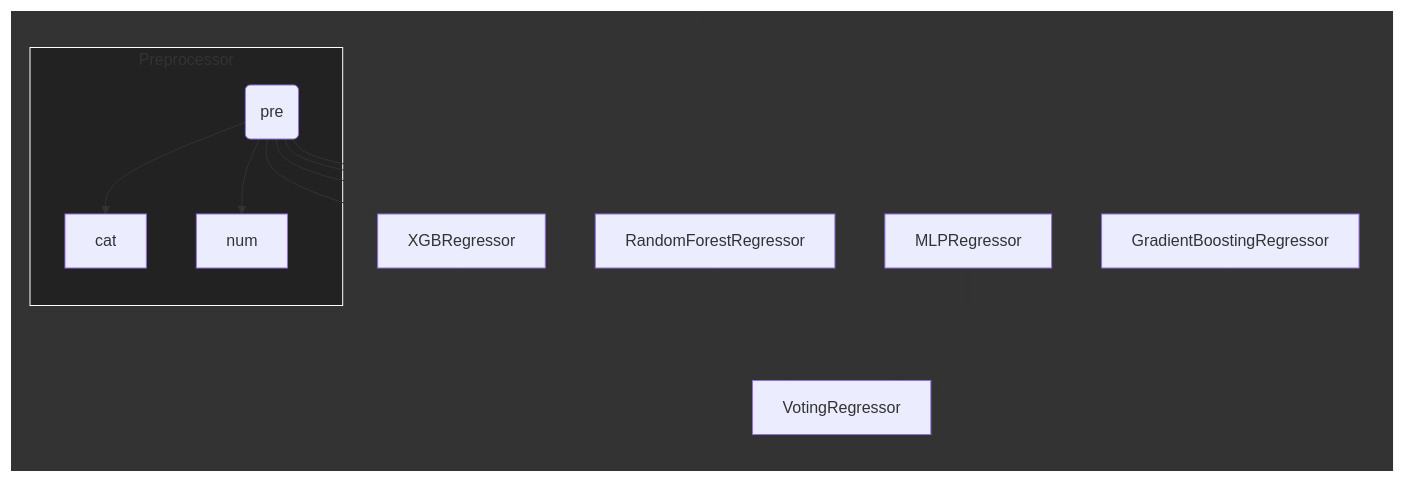
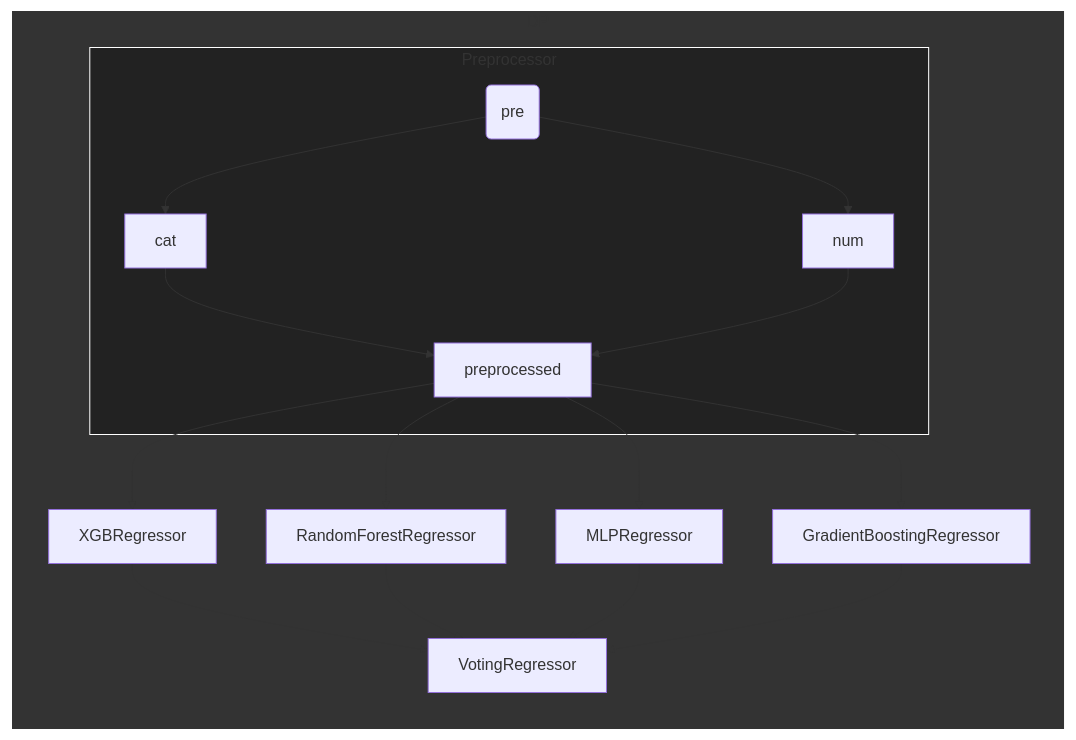
One commit to NickBok/Baseball changed the first of 2 diagrams in Distance-Predictor/README.md. Above: the diagram before and after it, drawn with Mermaid.

````diff
--- a/Distance-Predictor/README.md
+++ b/Distance-Predictor/README.md
@@ -71,19 +71,21 @@
 ```mermaid
 graph LR
     subgraph 1[DP]
         subgraph 2[Preprocessor]
             Preprocessor(pre) --> cat;
             Preprocessor(pre) --> num;
+            cat --> preprocessed;
+            num --> preprocessed;
         end
-        Preprocessor-->XGBRegressor;
-        Preprocessor-->RandomForestRegressor;
-        Preprocessor-->MLPRegressor;
-        Preprocessor-->GradientBoostingRegressor;
+        preprocessed-->XGBRegressor;
+        preprocessed-->RandomForestRegressor;
+        preprocessed-->MLPRegressor;
+        preprocessed-->GradientBoostingRegressor;
         XGBRegressor-->VotingRegressor;
         RandomForestRegressor-->VotingRegressor;
         MLPRegressor-->VotingRegressor;
         GradientBoostingRegressor-->VotingRegressor;
     end
 style 1 fill:#333333,stroke:#FFFFFF,stroke-width:2px
 style 2 fill:#222222,stroke:#FFFFFF,stroke-width:1px
 ```
````
